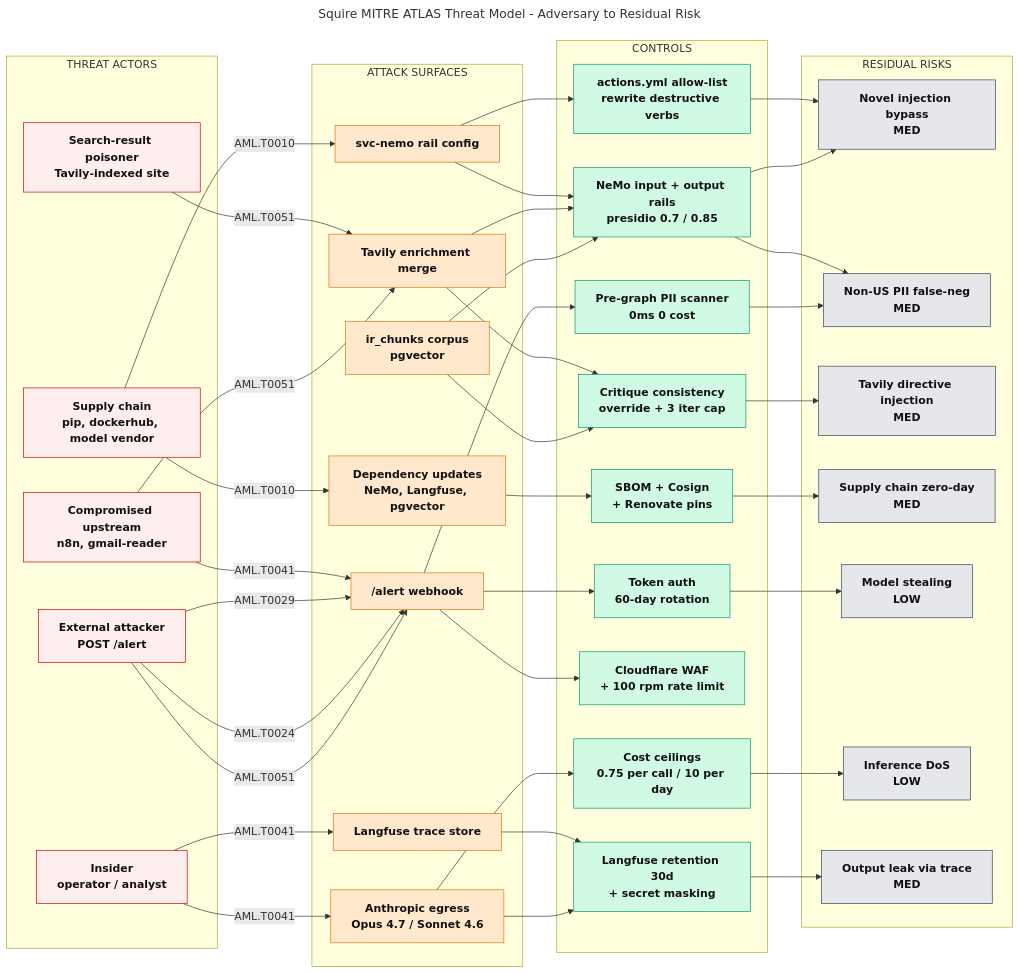
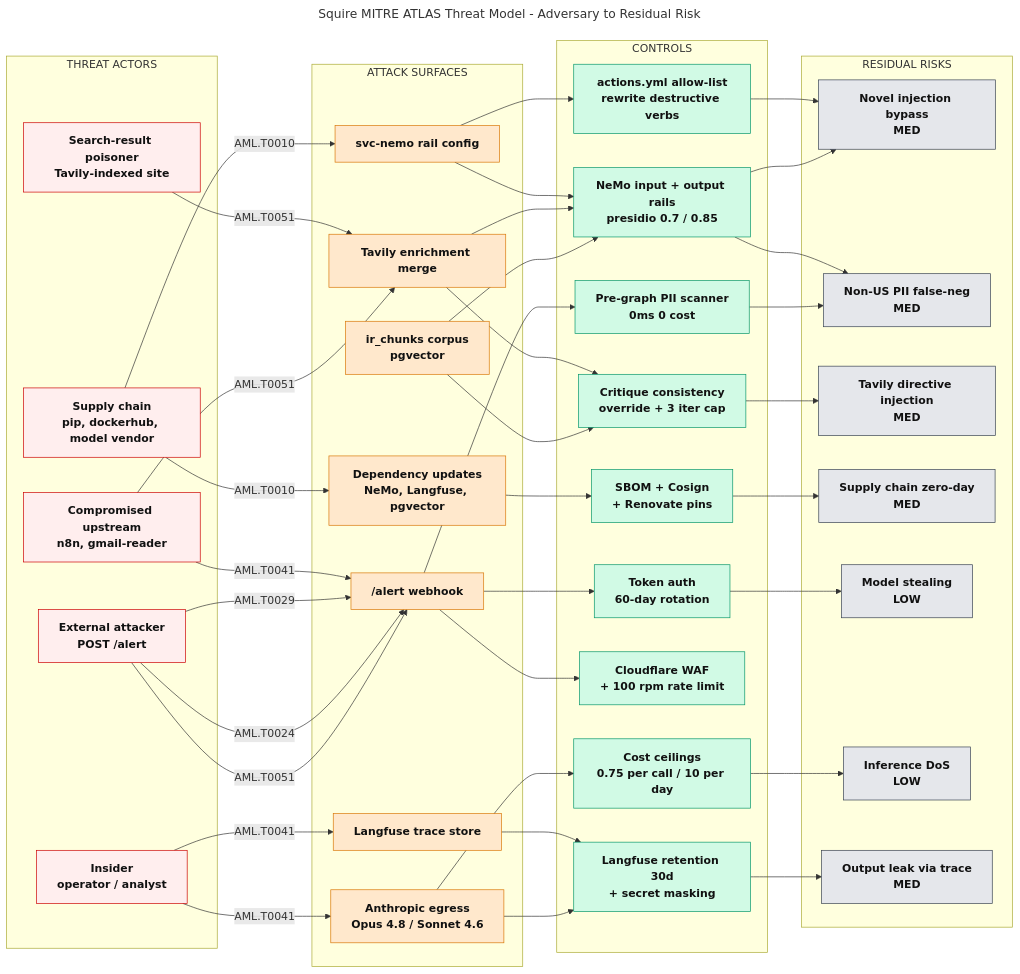
Before and after one commit to ET-sec/cyber-squire1: the diagram in docs/grc/diagrams/squire-atlas-threat-model.mmd, drawn with Mermaid. The commit also changed 50 other files, not shown here.

```diff
--- a/docs/grc/diagrams/squire-atlas-threat-model.mmd
+++ b/docs/grc/diagrams/squire-atlas-threat-model.mmd
@@ -1,96 +1,96 @@
 ---
 title: Squire MITRE ATLAS Threat Model - Adversary to Residual Risk
 ---
 flowchart LR
     %% Column 1: Threat Actors
     subgraph ACTORS["THREAT ACTORS"]
         A1["External attacker<br/>POST /alert"]
         A2["Compromised upstream<br/>n8n, gmail-reader"]
         A3["Insider<br/>operator / analyst"]
         A4["Supply chain<br/>pip, dockerhub, model vendor"]
         A5["Search-result poisoner<br/>Tavily-indexed site"]
     end
 
     %% Column 2: Attack Surfaces
     subgraph SURFACE["ATTACK SURFACES"]
         S1["/alert webhook"]
         S2["ir_chunks corpus<br/>pgvector"]
         S3["Tavily enrichment merge"]
         S4["svc-nemo rail config"]
-        S5["Anthropic egress<br/>Opus 4.7 / Sonnet 4.6"]
+        S5["Anthropic egress<br/>Opus 4.8 / Sonnet 4.6"]
         S6["Dependency updates<br/>NeMo, Langfuse, pgvector"]
         S7["Langfuse trace store"]
     end
 
     %% Column 3: Controls
     subgraph CONTROLS["CONTROLS"]
         C1["Token auth<br/>60-day rotation"]
         C2["Pre-graph PII scanner<br/>0ms 0 cost"]
         C3["NeMo input + output rails<br/>presidio 0.7 / 0.85"]
         C4["actions.yml allow-list<br/>rewrite destructive verbs"]
         C5["Critique consistency<br/>override + 3 iter cap"]
         C6["Cost ceilings<br/>0.75 per call / 10 per day"]
         C7["Cloudflare WAF<br/>+ 100 rpm rate limit"]
         C8["SBOM + Cosign<br/>+ Renovate pins"]
         C9["Langfuse retention 30d<br/>+ secret masking"]
     end
 
     %% Column 4: Residual Risks
     subgraph RESIDUAL["RESIDUAL RISKS"]
         R1["Novel injection bypass<br/>MED"]
         R2["Non-US PII false-neg<br/>MED"]
         R3["Tavily directive injection<br/>MED"]
         R4["Supply chain zero-day<br/>MED"]
         R5["Model stealing<br/>LOW"]
         R6["Inference DoS<br/>LOW"]
         R7["Output leak via trace<br/>MED"]
     end
 
     %% Edges: actors to surfaces with ATLAS IDs
     A1 -- "AML.T0051" --> S1
     A1 -- "AML.T0024" --> S1
     A1 -- "AML.T0029" --> S1
     A2 -- "AML.T0041" --> S1
     A2 -- "AML.T0051" --> S3
     A3 -- "AML.T0041" --> S5
     A3 -- "AML.T0041" --> S7
     A4 -- "AML.T0010" --> S6
     A4 -- "AML.T0010" --> S4
     A5 -- "AML.T0051" --> S3
 
     %% Edges: surfaces to controls
     S1 --> C1
     S1 --> C2
     S1 --> C7
     S2 --> C3
     S2 --> C5
     S3 --> C3
     S3 --> C5
     S4 --> C3
     S4 --> C4
     S5 --> C6
     S5 --> C9
     S6 --> C8
     S7 --> C9
 
     %% Edges: controls to residuals
     C1 --> R5
     C2 --> R2
     C3 --> R1
     C3 --> R2
     C4 --> R1
     C5 --> R3
     C6 --> R6
     C8 --> R4
     C9 --> R7
 
     %% Styling
     classDef threat fill:#fee,stroke:#c00,color:#111,font-weight:bold
     classDef att fill:#ffe8cc,stroke:#d97706,color:#111,font-weight:bold
     classDef ctrl fill:#d1fae5,stroke:#059669,color:#111,font-weight:bold
     classDef res fill:#e5e7eb,stroke:#374151,color:#111,font-weight:bold
 
     class A1,A2,A3,A4,A5 threat
     class S1,S2,S3,S4,S5,S6,S7 att
     class C1,C2,C3,C4,C5,C6,C7,C8,C9 ctrl
     class R1,R2,R3,R4,R5,R6,R7 res
```
